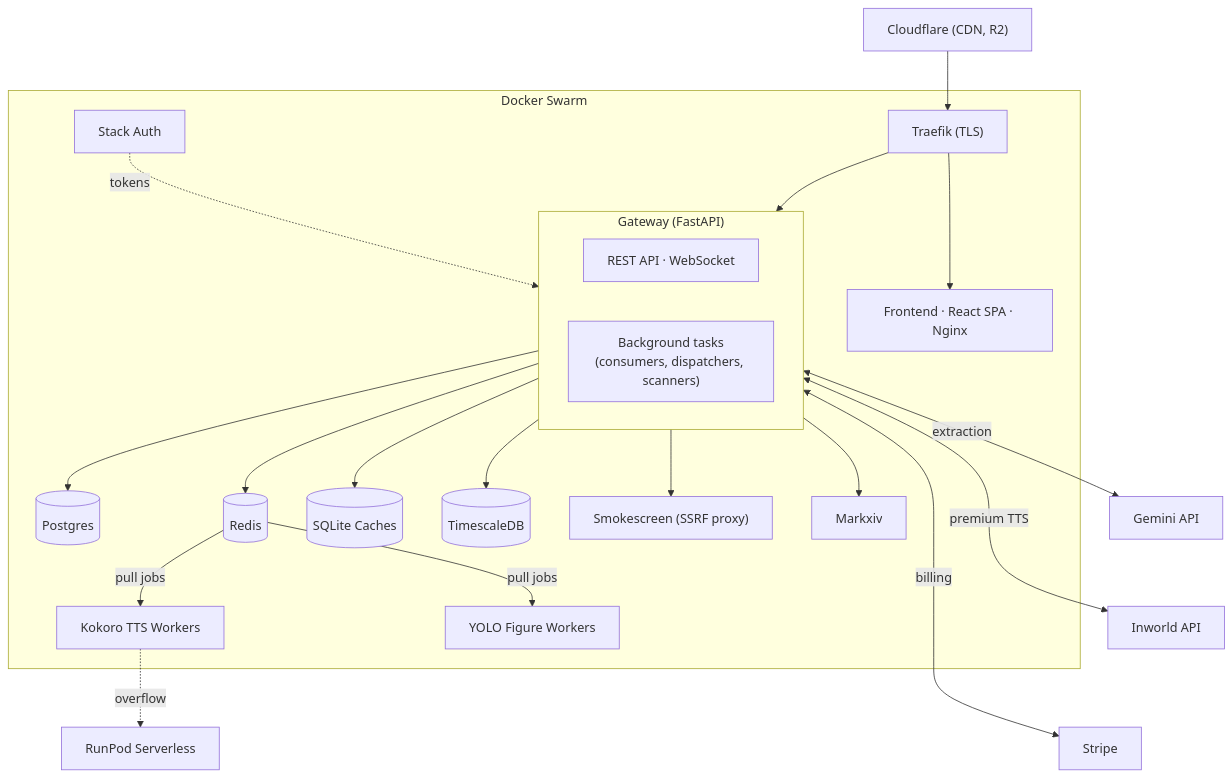
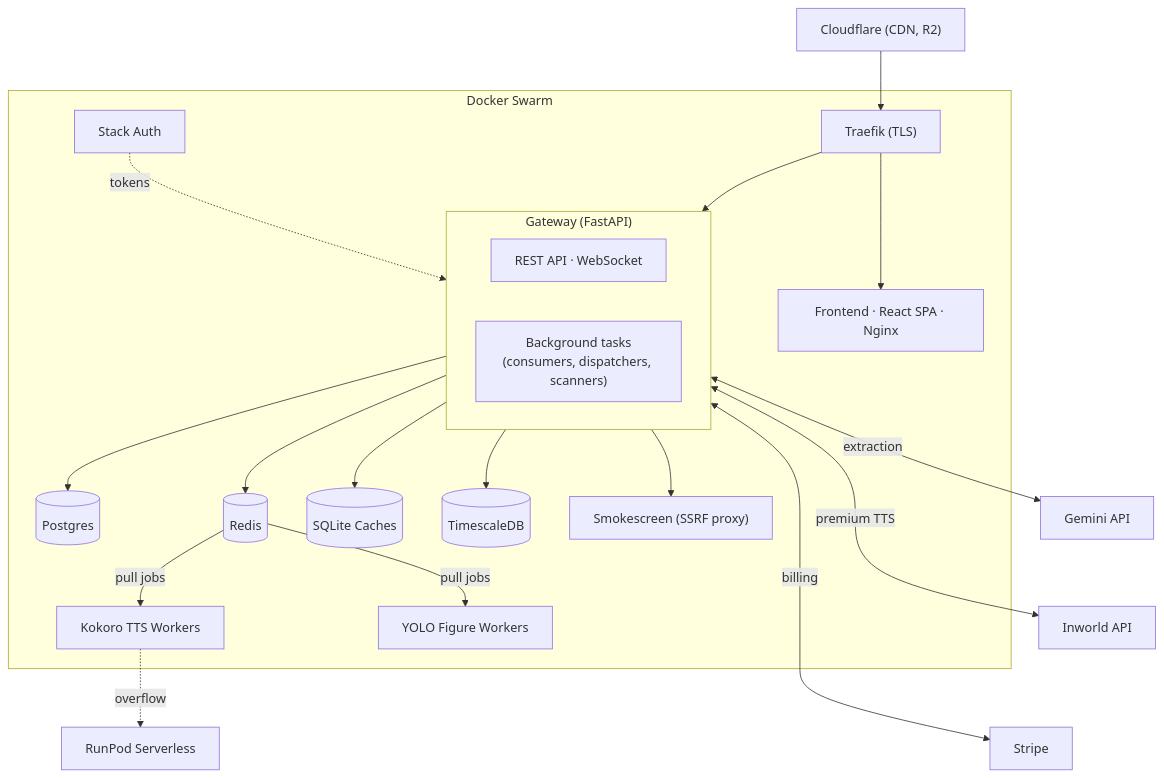
Before and after one commit to yapit-tts/yapit: the first of 7 diagrams in docs/architecture.md, drawn with Mermaid. The commit also changed other lines of this file and 29 other files, not shown here.

````diff
--- a/docs/architecture.md
+++ b/docs/architecture.md
@@ -5,33 +5,32 @@
 ```mermaid
 flowchart TD
     CF["Cloudflare (CDN, R2)"] --> Traefik
 
     subgraph swarm ["Docker Swarm"]
         Traefik["Traefik (TLS)"] --> Frontend["Frontend · React SPA · Nginx"]
         Traefik --> GW
 
         Auth["Stack Auth"] -.->|tokens| GW
 
         subgraph GW ["Gateway (FastAPI)"]
             direction LR
             API["REST API · WebSocket"]
             BG["Background tasks<br/>(consumers, dispatchers, scanners)"]
         end
 
         GW --> PG[(Postgres)] & Redis[(Redis)] & SQLite[(SQLite Caches)]
         GW --> TS[(TimescaleDB)]
 
         GW --> Smoke["Smokescreen (SSRF proxy)"]
-        GW --> Markxiv["Markxiv"]
 
         Redis -->|pull jobs| Kokoro["Kokoro TTS Workers"]
         Redis -->|pull jobs| YOLO["YOLO Figure Workers"]
     end
 
     Gemini["Gemini API"] ~~~ Inworld["Inworld API"] ~~~ Stripe
 
     GW <-->|extraction| Gemini
     GW <-->|premium TTS| Inworld
     GW <-->|billing| Stripe
     Kokoro -.->|overflow| RunPod["RunPod Serverless"]
 ```
````
